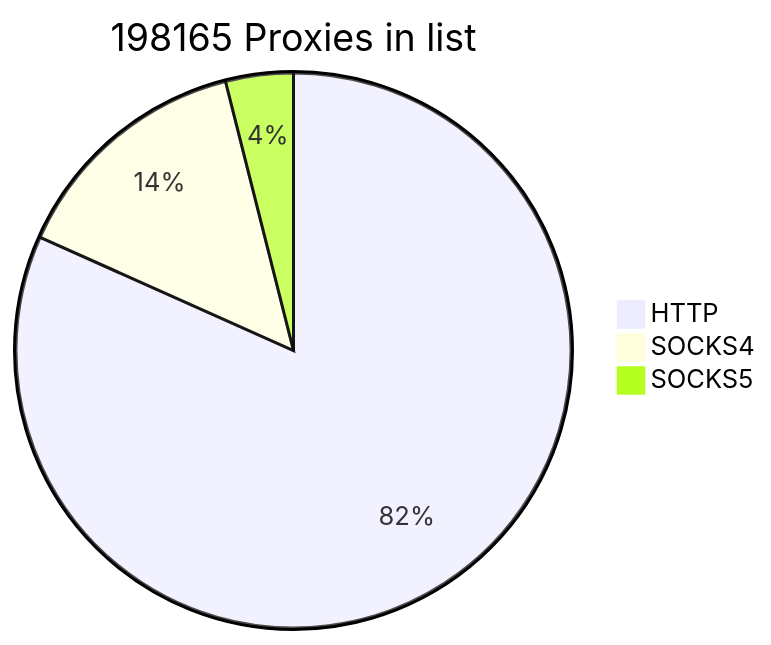
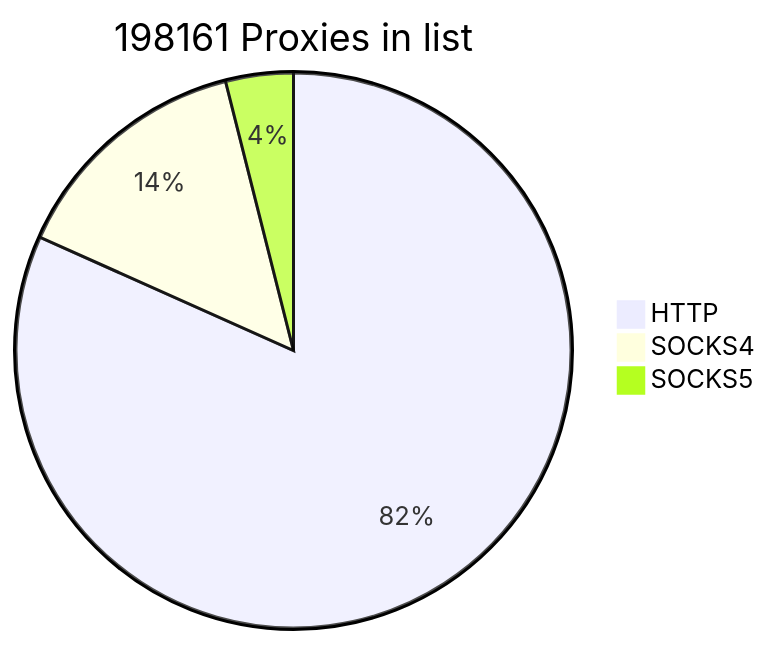
The first of 2 diagrams in README.md (cutipu/proxylist), drawn with Mermaid before and after one commit. The commit also changed other lines of this file, not shown here.

````diff
--- a/README.md
+++ b/README.md
@@ -2,7 +2,7 @@
 ```mermaid
-pie title 198165 Proxies in list
-    "HTTP" : 161875
-    "SOCKS4" : 28484
-    "SOCKS5" : 7806
+pie title 198161 Proxies in list
+    "HTTP" : 161871
+    "SOCKS4" : 28488
+    "SOCKS5" : 7802
             
 ```
````
